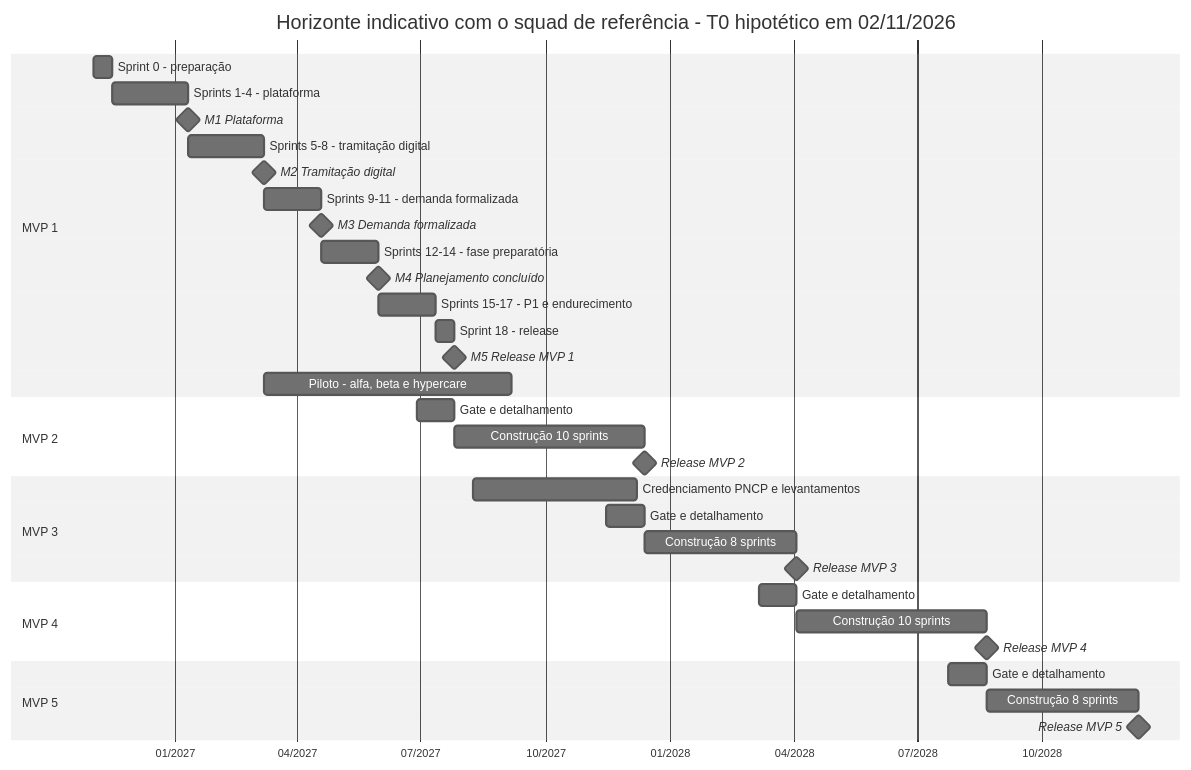
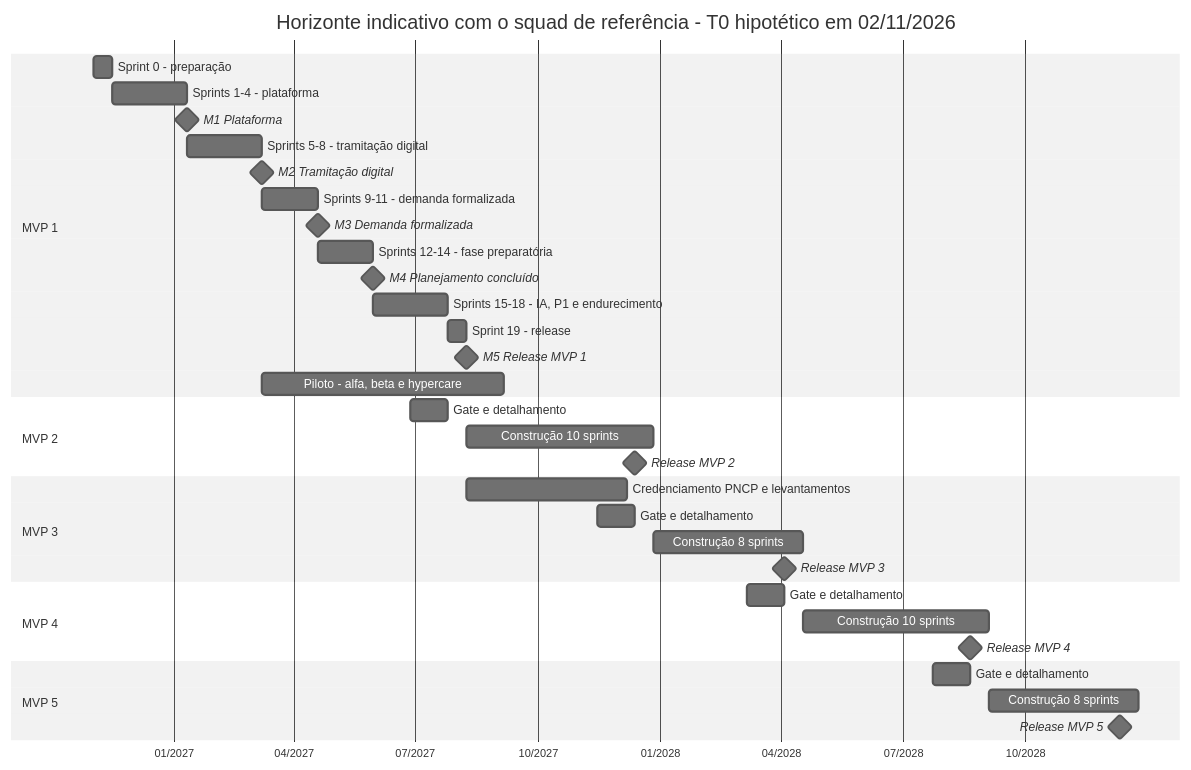
The second of 3 diagrams in docs/product/roadmap.md (contrataflow/contrataflow), drawn with Mermaid (neutral theme) before and after one commit. The commit also changed other lines of this file and 38 other files, not shown here.

````diff
--- a/docs/product/roadmap.md
+++ b/docs/product/roadmap.md
@@ -648,37 +650,37 @@
 ```mermaid
 gantt
     title Horizonte indicativo com o squad de referência - T0 hipotético em 02/11/2026
     dateFormat YYYY-MM-DD
     axisFormat %m/%Y
     section MVP 1
     Sprint 0 - preparação                :s0, 2026-11-02, 14d
     Sprints 1-4 - plataforma             :m1a, after s0, 56d
     M1 Plataforma                        :milestone, k1, 2027-01-11, 0d
     Sprints 5-8 - tramitação digital     :m1b, after m1a, 56d
     M2 Tramitação digital                :milestone, k2, 2027-03-08, 0d
     Sprints 9-11 - demanda formalizada   :m1c, after m1b, 42d
     M3 Demanda formalizada               :milestone, k3, 2027-04-19, 0d
     Sprints 12-14 - fase preparatória    :m1d, after m1c, 42d
     M4 Planejamento concluído            :milestone, k4, 2027-05-31, 0d
-    Sprints 15-17 - P1 e endurecimento   :m1e, after m1d, 42d
-    Sprint 18 - release                  :m1f, after m1e, 14d
-    M5 Release MVP 1                     :milestone, k5, 2027-07-26, 0d
+    Sprints 15-18 - IA, P1 e endurecimento :m1e, after m1d, 56d
+    Sprint 19 - release                  :m1f, after m1e, 14d
+    M5 Release MVP 1                     :milestone, k5, 2027-08-09, 0d
     Piloto - alfa, beta e hypercare      :p1, 2027-03-08, 182d
     section MVP 2
     Gate e detalhamento                  :g2, 2027-06-28, 28d
     Construção 10 sprints                :m2, after m1f, 140d
     Release MVP 2                        :milestone, r2, 2027-12-13, 0d
     section MVP 3
     Credenciamento PNCP e levantamentos  :x3, 2027-08-09, 120d
     Gate e detalhamento                  :g3, 2027-11-15, 28d
     Construção 8 sprints                 :m3, after m2, 112d
     Release MVP 3                        :milestone, r3, 2028-04-03, 0d
     section MVP 4
     Gate e detalhamento                  :g4, 2028-03-06, 28d
     Construção 10 sprints                :m4, after m3, 140d
     Release MVP 4                        :milestone, r4, 2028-08-21, 0d
     section MVP 5
     Gate e detalhamento                  :g5, 2028-07-24, 28d
     Construção 8 sprints                 :m5, after m4, 112d
     Release MVP 5                        :milestone, r5, 2028-12-11, 0d
 ```
````
